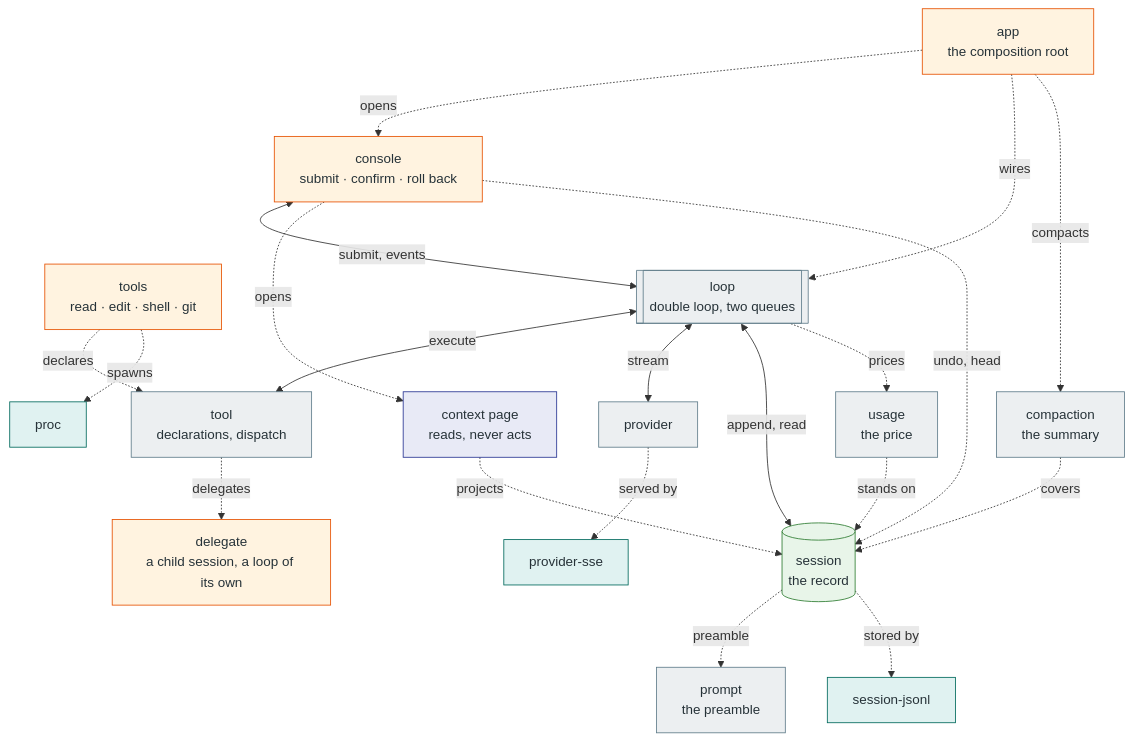
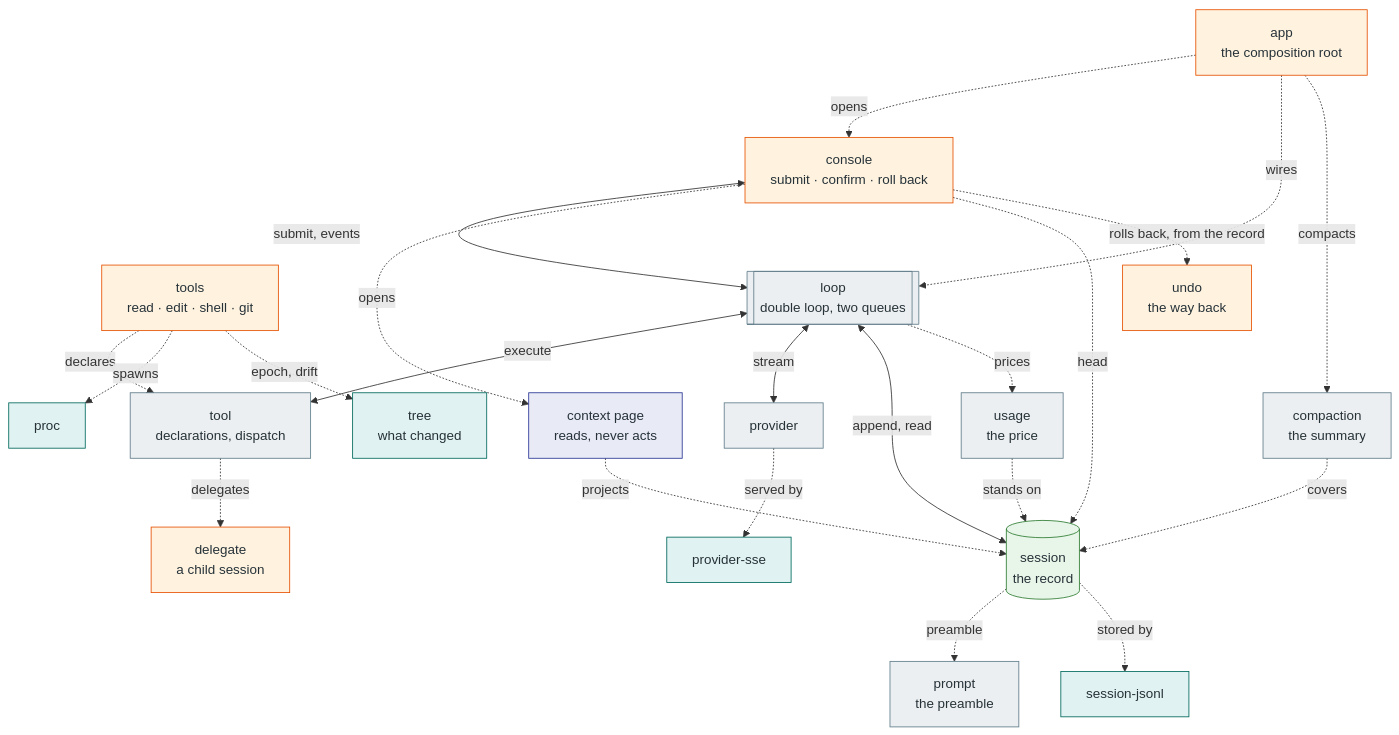
Before and after one commit to OverbearingPearl/pearl: the second of 2 diagrams in README.md, drawn with Mermaid. The commit also changed other lines of this file, not shown here.

First line of the commit message:
Draw the way back, and the check that makes it safe

````diff
--- a/README.md
+++ b/README.md
@@ -220,47 +227,51 @@
 ```mermaid
 flowchart TB
   console["console<br/>submit · confirm · roll back"]
   context["context page<br/>reads, never acts"]
   app["app<br/>the composition root"]
   tools["tools<br/>read · edit · shell · git"]
   loop[["loop<br/>double loop, two queues"]]
   tool["tool<br/>declarations, dispatch"]
   provider["provider"]
   session[("session<br/>the record")]
   prompt["prompt<br/>the preamble"]
   compaction["compaction<br/>the summary"]
   usage["usage<br/>the price"]
   sse["provider-sse"]
   jsonl["session-jsonl"]
   proc["proc"]
-  delegate["delegate<br/>a child session, a loop of its own"]
+  delegate["delegate<br/>a child session"]
+  undo["undo<br/>the way back"]
+  tree["tree<br/>what changed"]
   app -.->|opens| console
   app -.->|wires| loop
   app -.->|compacts| compaction
   console <-->|submit, events| loop
   console -.->|opens| context
-  console -.->|undo, head| session
+  console -.->|head| session
+  console -.->|rolls back, from the record| undo
   context -.->|projects| session
   loop <-->|execute| tool
   tools -.->|declares| tool
   loop <-->|stream| provider
   loop <-->|append, read| session
   loop -.->|prices| usage
   usage -.->|stands on| session
   compaction -.->|covers| session
   session -.->|preamble| prompt
   provider -.->|served by| sse
   session -.->|stored by| jsonl
   tools -.->|spawns| proc
+  tools -.->|epoch, drift| tree
   tool -.->|delegates| delegate
   classDef product fill:#fff3e0,stroke:#e65100,color:#263238
   classDef page fill:#e8eaf6,stroke:#283593,color:#263238
   classDef core fill:#eceff1,stroke:#607d8b,color:#263238
   classDef record fill:#e8f5e9,stroke:#2e7d32,color:#263238
   classDef adapter fill:#e0f2f1,stroke:#00695c,color:#263238
-  class console,tools,app,delegate product
+  class console,tools,app,delegate,undo product
   class context page
   class loop,tool,provider,prompt,compaction,usage core
   class session record
-  class sse,jsonl,proc adapter
+  class sse,jsonl,proc,tree adapter
 ```
````
